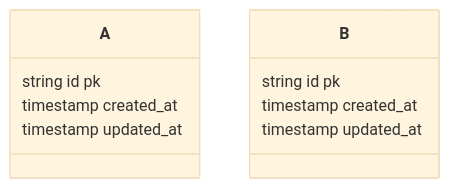
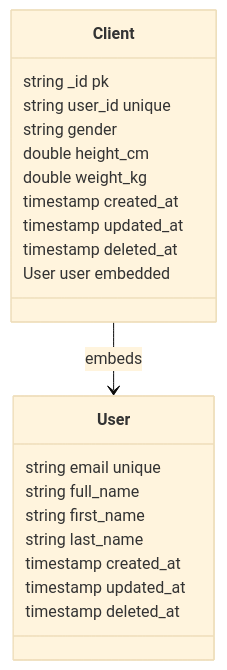
The diagram in doc/features/exercise.md (marco-leee/gymbo), drawn with Mermaid (base theme) before and after one commit. The commit also changed other lines of this file and 9 other files, not shown here.

````diff
--- a/doc/features/exercise.md
+++ b/doc/features/exercise.md
@@ -415,14 +428,26 @@
 ```mermaid
 classDiagram
-    class A {
-        string id pk
+    class Client {
+        string _id pk
+        string user_id unique
+        string gender
+        double height_cm
+        double weight_kg
         timestamp created_at
         timestamp updated_at
+        timestamp deleted_at
+        User user embedded
     }
 
-    class B {
-        string id pk
+    class User {
+        string email unique
+        string full_name
+        string first_name
+        string last_name
         timestamp created_at
         timestamp updated_at
+        timestamp deleted_at
     }
+
+    Client --> User : embeds
 ```
````
